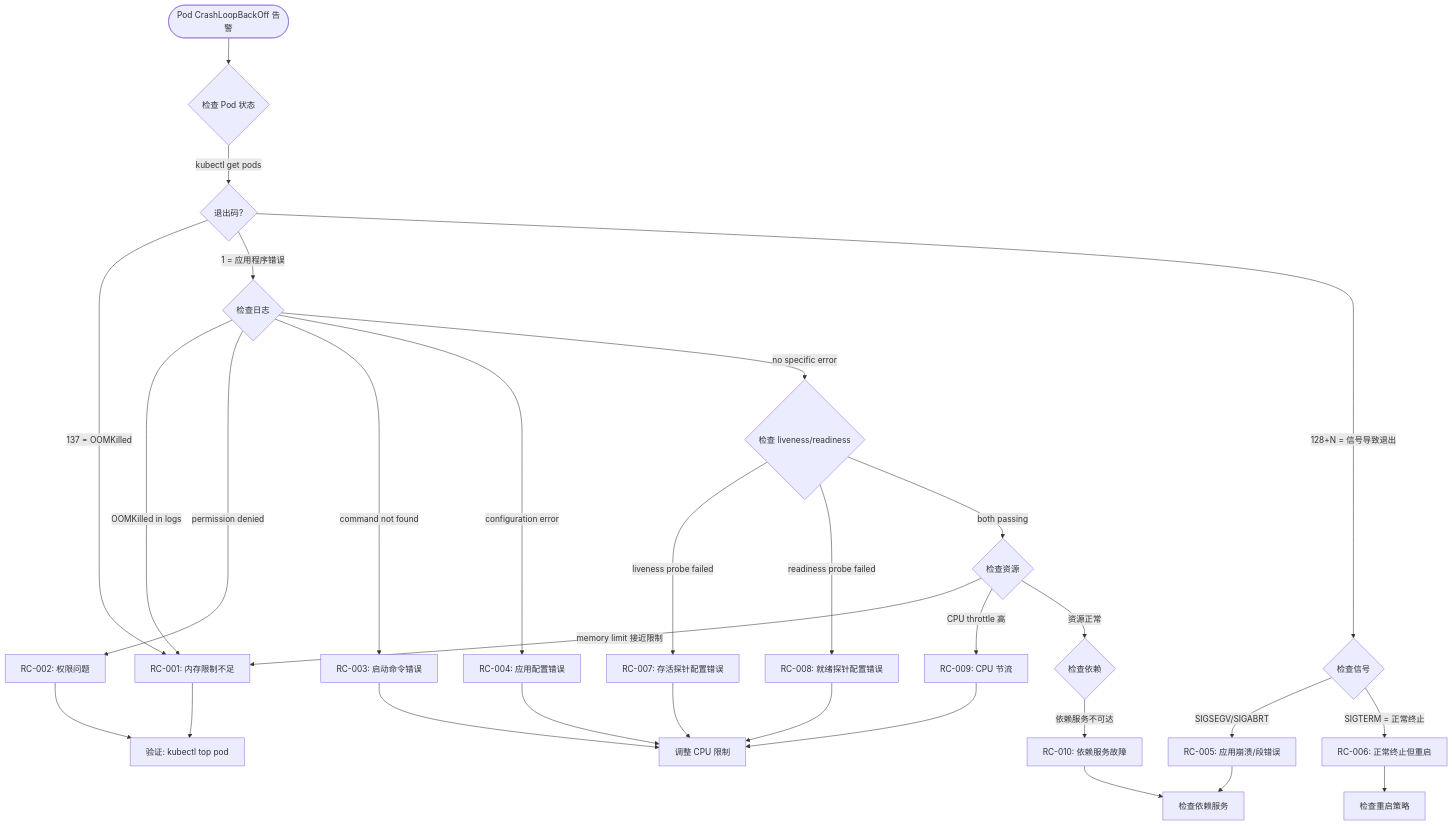
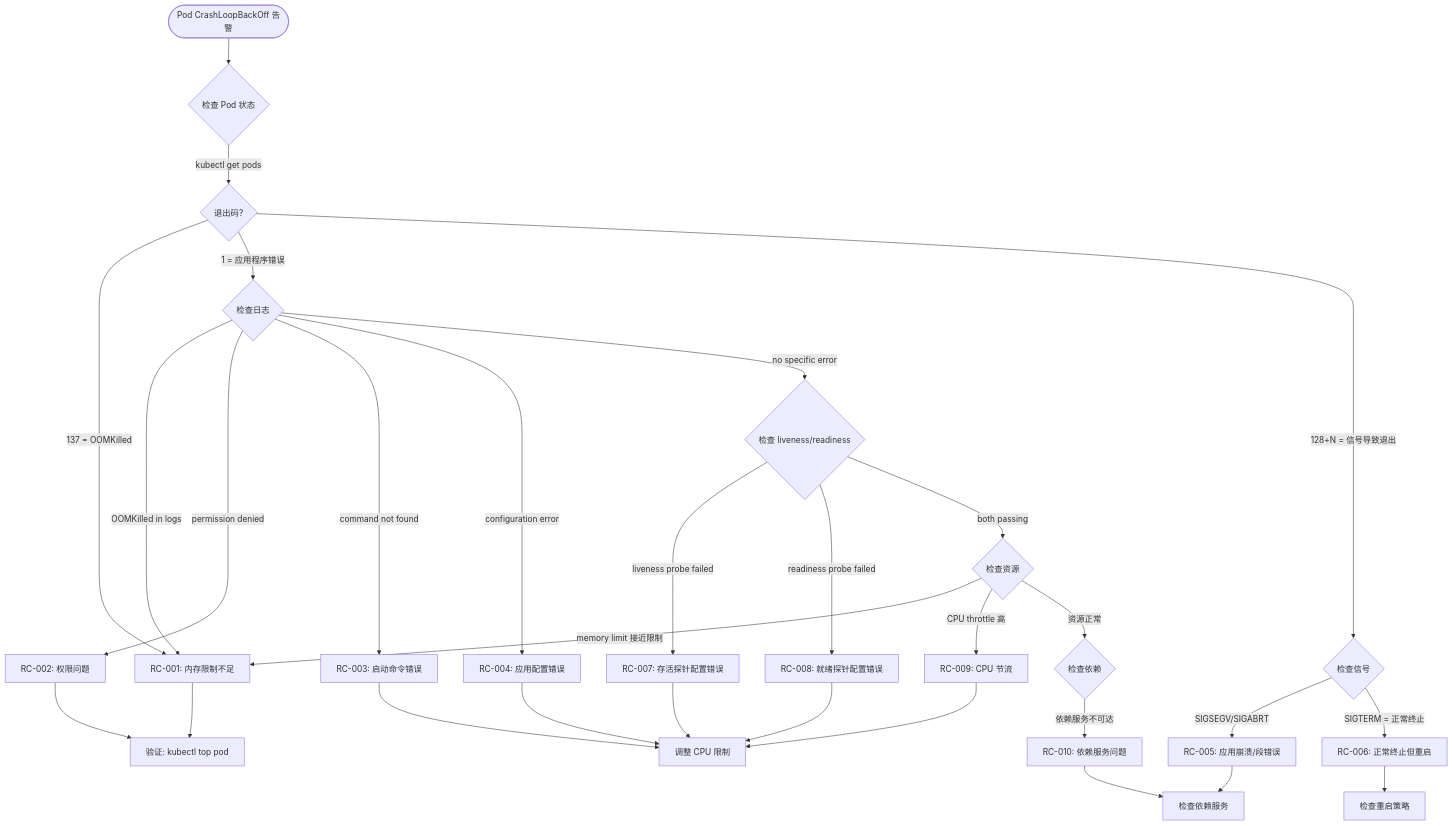
Before and after one commit to kudig-io/kudig-database: the second of 18 diagrams in docs/agent-specs/P1-4-decision-tree-mermaid-visualization.md, drawn with Mermaid. The commit also changed other lines of this file and 5906 other files, not shown here.

````diff
--- a/docs/agent-specs/P1-4-decision-tree-mermaid-visualization.md
+++ b/docs/agent-specs/P1-4-decision-tree-mermaid-visualization.md
@@ -95,33 +96,33 @@
 ```mermaid
 flowchart TD
     START(["Pod CrashLoopBackOff 告警"]) --> T1{检查 Pod 状态}
     T1 -->|kubectl get pods| T2{退出码?}
     T2 -->|137 = OOMKilled| R1["RC-001: 内存限制不足"]
     T2 -->|1 = 应用程序错误| T3{检查日志}
     T2 -->|128+N = 信号导致退出| T4{检查信号}
     T3 -->|OOMKilled in logs| R1
     T3 -->|permission denied| R2["RC-002: 权限问题"]
     T3 -->|command not found| R3["RC-003: 启动命令错误"]
     T3 -->|configuration error| R4["RC-004: 应用配置错误"]
     T3 -->|no specific error| T5{检查 liveness/readiness}
     T4 -->|SIGSEGV/SIGABRT| R5["RC-005: 应用崩溃/段错误"]
     T4 -->|SIGTERM = 正常终止| R6["RC-006: 正常终止但重启"]
     T5 -->|liveness probe failed| R7["RC-007: 存活探针配置错误"]
     T5 -->|readiness probe failed| R8["RC-008: 就绪探针配置错误"]
     T5 -->|both passing| T6{检查资源}
     T6 -->|memory limit 接近限制| R1
     T6 -->|CPU throttle 高| R9["RC-009: CPU 节流"]
     T6 -->|资源正常| T7{检查依赖}
-    T7 -->|依赖服务不可达| R10["RC-010: 依赖服务故障"]
+    T7 -->|依赖服务不可达| R10["RC-010: 依赖服务问题"]
 
     R1 --> VERIFY["验证: kubectl top pod"]
     R2 --> VERIFY
     R3 --> FIX["修正启动命令"]
     R4 --> FIX
     R5 --> ESCALATE["升级应用团队"]
     R6 --> MONITOR["检查重启策略"]
     R7 --> FIX["修正探针配置"]
     R8 --> FIX
     R9 --> FIX["调整 CPU 限制"]
     R10 --> ESCALATE["检查依赖服务"]
 ```
````
